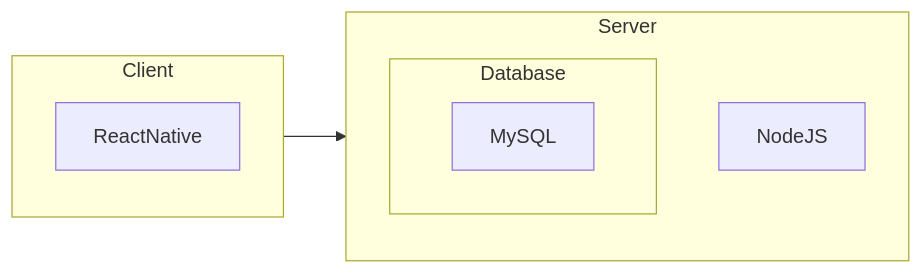
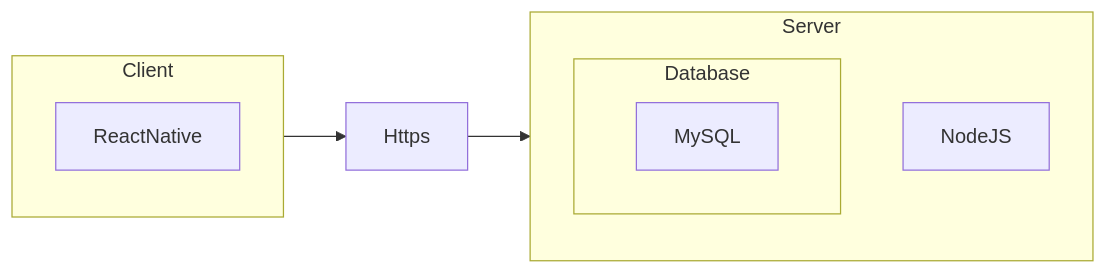
One commit to fahrizap/Kodein changed the second of 2 diagrams in job interview.MD. Above: the diagram before and after it, drawn with Mermaid.

Commit message:
Update job interview.MD

````diff
--- a/job interview.MD
+++ b/job interview.MD
@@ -118,15 +118,15 @@
 ```mermaid
 flowchart LR
   subgraph Client
   ReactNative
   end
   subgraph Server
   NodeJS
     subgraph Database
     MySQL
     end
   end
-  Client --> Server
+  Client --> Https --> Server
 
   
 ```
````
